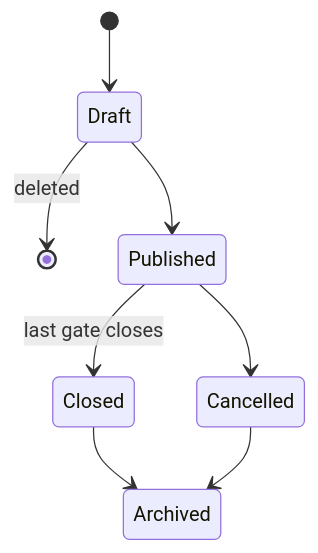
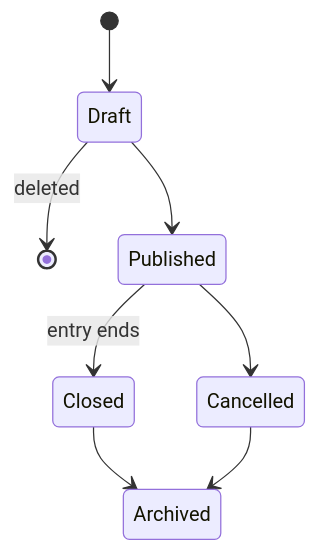
Before and after one commit to kreativesahara/ticket: the third of 7 diagrams in v1.md, drawn with Mermaid. The commit also changed other lines of this file and 7 other files, not shown here.

Commit message:
refactor: update architecture and prompt specs for single Next.js frontend repository structure

````diff
--- a/v1.md
+++ b/v1.md
@@ -422,10 +456,10 @@
 ```mermaid
 stateDiagram-v2
     [*] --> Draft
     Draft --> [*] : deleted
     Draft --> Published
-    Published --> Closed : last gate closes
+    Published --> Closed : entry ends
     Published --> Cancelled
     Closed --> Archived
     Cancelled --> Archived
 ```
````
